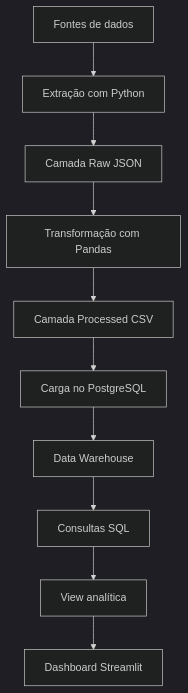
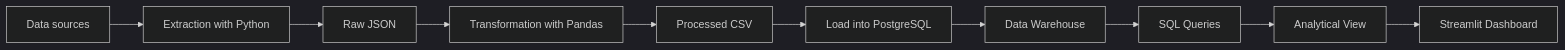
One commit to CostaPaiiva/Portfolio-showcase changed the diagram in plataforma-inteligencia-concursos/README.md. Above: the diagram before and after it, drawn with Mermaid (dark theme). The commit also changed other lines of this file and 12 other files, not shown here.

````diff
--- a/plataforma-inteligencia-concursos/README.md
+++ b/plataforma-inteligencia-concursos/README.md
@@ -79,12 +76,12 @@
 ```mermaid
-flowchart TD
-    A[Fontes de dados] --> B[Extração com Python]
-    B --> C[Camada Raw JSON]
-    C --> D[Transformação com Pandas]
-    D --> E[Camada Processed CSV]
-    E --> F[Carga no PostgreSQL]
+flowchart LR
+    A[Data sources] --> B[Extraction with Python]
+    B --> C[Raw JSON]
+    C --> D[Transformation with Pandas]
+    D --> E[Processed CSV]
+    E --> F[Load into PostgreSQL]
     F --> G[Data Warehouse]
-    G --> H[Consultas SQL]
-    H --> I[View analítica]
-    I --> J[Dashboard Streamlit]
+    G --> H[SQL Queries]
+    H --> I[Analytical View]
+    I --> J[Streamlit Dashboard]
 ```
````
